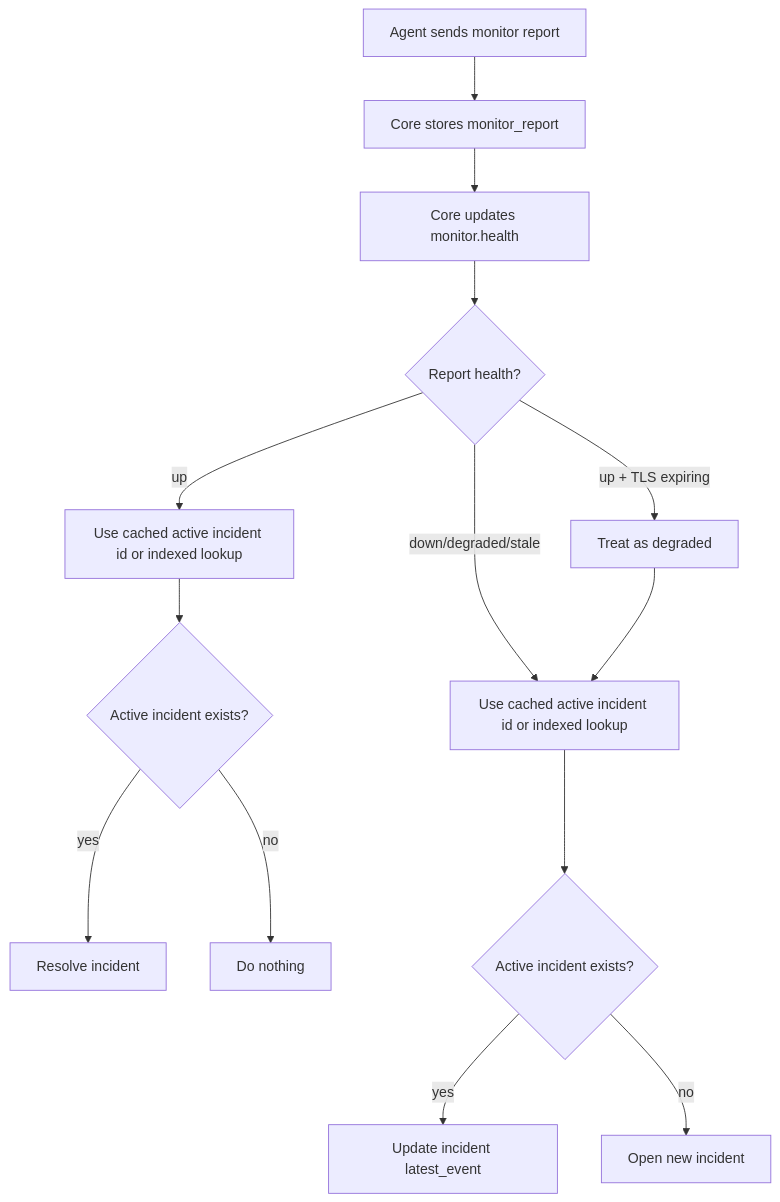
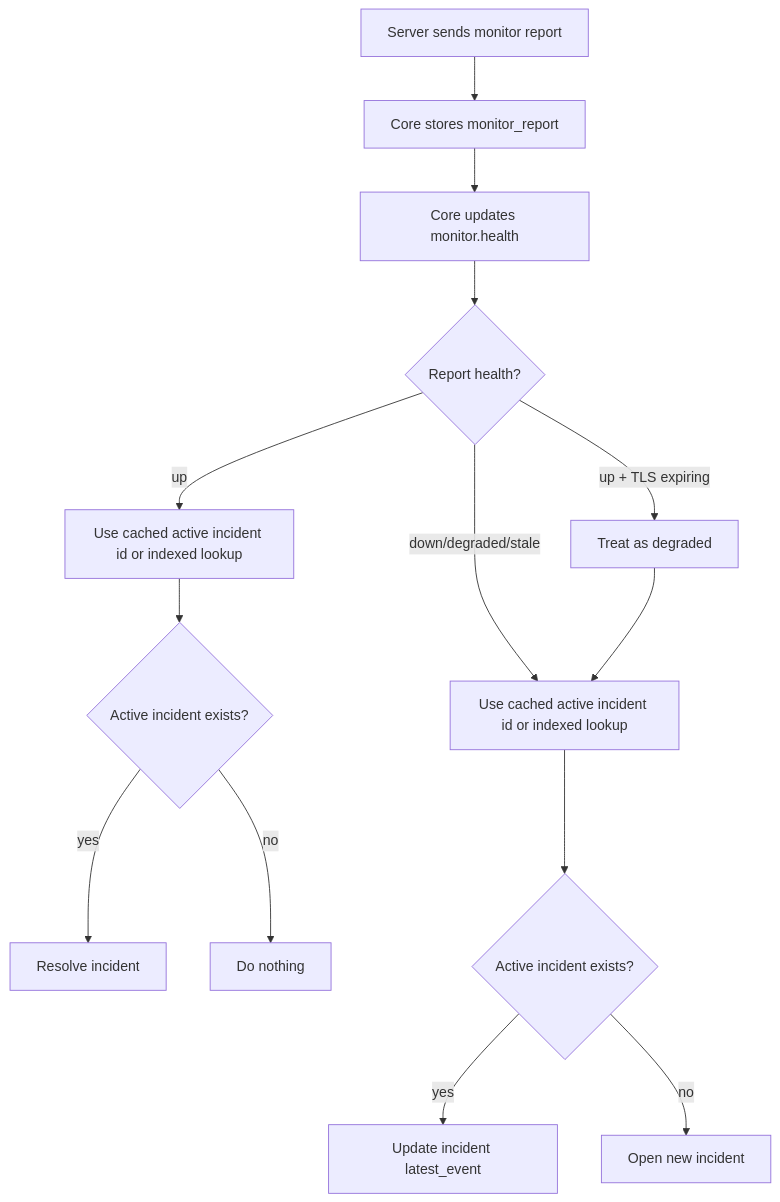
One commit to sunday-studio/orion changed the first of 9 diagrams in docs/architecture/incident-reconciliation-flow.md. Above: the diagram before and after it, drawn with Mermaid. The commit also changed other lines of this file and 223 other files, not shown here.

````diff
--- a/docs/architecture/incident-reconciliation-flow.md
+++ b/docs/architecture/incident-reconciliation-flow.md
@@ -15,19 +15,19 @@
 ```mermaid
 flowchart TD
-  A["Agent sends monitor report"] --> B["Core stores monitor_report"]
+  A["Server sends monitor report"] --> B["Core stores monitor_report"]
   B --> C["Core updates monitor.health"]
   C --> D{"Report health?"}
 
   D -- "up" --> E["Use cached active incident id or indexed lookup"]
   E --> F{"Active incident exists?"}
   F -- "yes" --> G["Resolve incident"]
   F -- "no" --> H["Do nothing"]
 
   D -- "down/degraded/stale" --> I["Use cached active incident id or indexed lookup"]
   I --> J{"Active incident exists?"}
   J -- "yes" --> K["Update incident latest_event"]
   J -- "no" --> L["Open new incident"]
 
   D -- "up + TLS expiring" --> M["Treat as degraded"]
   M --> I
 ```
````
